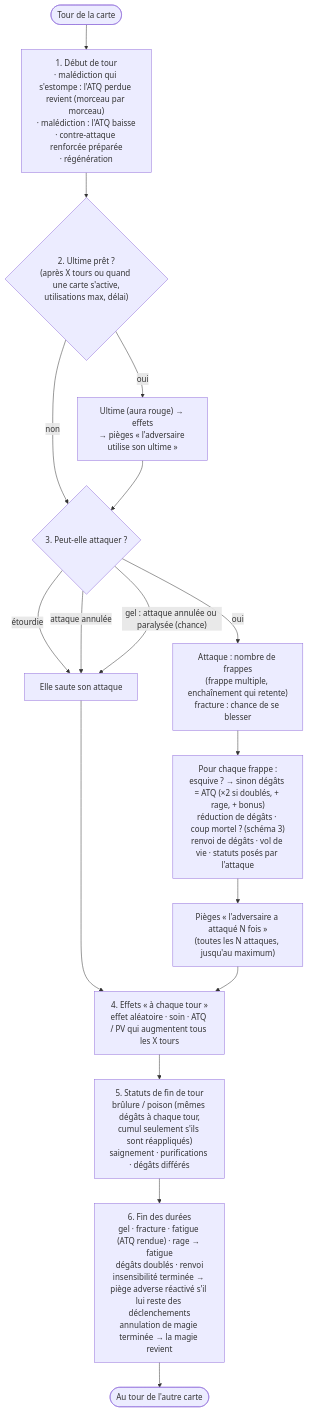
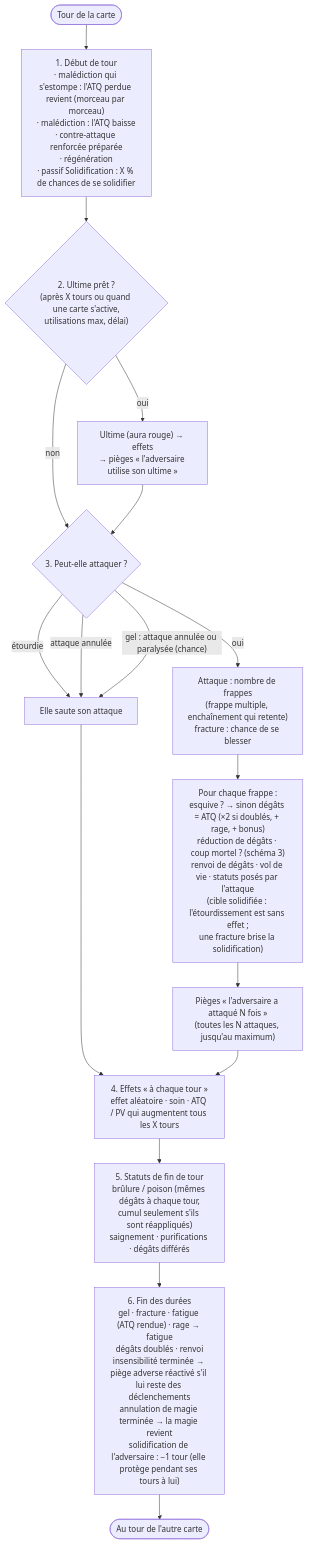
Before and after one commit to mowglitchblaat/forestcard: the third of 5 diagrams in docs/workflow-combat.md, drawn with Mermaid. The commit also changed 6 other files, not shown here.

First line of the commit message:
Nouvelle mécanique : Solidification (insensible à l'étourdissement, non purgeable, brisée par une fracture) + animations

````diff
--- a/docs/workflow-combat.md
+++ b/docs/workflow-combat.md
@@ -45,19 +45,19 @@
 ```mermaid
 flowchart TD
-  T0([Tour de la carte]) --> T1["1. Début de tour<br/>· malédiction qui s'estompe : l'ATQ perdue revient (morceau par morceau)<br/>· malédiction : l'ATQ baisse<br/>· contre-attaque renforcée préparée<br/>· régénération"]
+  T0([Tour de la carte]) --> T1["1. Début de tour<br/>· malédiction qui s'estompe : l'ATQ perdue revient (morceau par morceau)<br/>· malédiction : l'ATQ baisse<br/>· contre-attaque renforcée préparée<br/>· régénération<br/>· passif Solidification : X % de chances de se solidifier"]
   T1 --> T2{"2. Ultime prêt ?<br/>(après X tours ou quand une carte s'active,<br/>utilisations max, délai)"}
   T2 -- oui --> T2a["Ultime (aura rouge) → effets<br/>→ pièges « l'adversaire utilise son ultime »"]
   T2 -- non --> T3
   T2a --> T3{"3. Peut-elle attaquer ?"}
   T3 -- "étourdie" --> T3x[Elle saute son attaque]
   T3 -- "attaque annulée" --> T3x
   T3 -- "gel : attaque annulée ou paralysée (chance)" --> T3x
   T3 -- oui --> AT["Attaque : nombre de frappes<br/>(frappe multiple, enchaînement qui retente)<br/>fracture : chance de se blesser"]
-  AT --> FR["Pour chaque frappe :<br/>esquive ? → sinon dégâts = ATQ (×2 si doublés, + rage, + bonus)<br/>réduction de dégâts · coup mortel ? (schéma 3)<br/>renvoi de dégâts · vol de vie · statuts posés par l'attaque"]
+  AT --> FR["Pour chaque frappe :<br/>esquive ? → sinon dégâts = ATQ (×2 si doublés, + rage, + bonus)<br/>réduction de dégâts · coup mortel ? (schéma 3)<br/>renvoi de dégâts · vol de vie · statuts posés par l'attaque<br/>(cible solidifiée : l'étourdissement est sans effet ;<br/>une fracture brise la solidification)"]
   FR --> PG["Pièges « l'adversaire a attaqué N fois »<br/>(toutes les N attaques, jusqu'au maximum)"]
   T3x --> T4
   PG --> T4["4. Effets « à chaque tour »<br/>effet aléatoire · soin · ATQ / PV qui augmentent tous les X tours"]
   T4 --> T5["5. Statuts de fin de tour<br/>brûlure / poison (mêmes dégâts à chaque tour,<br/>cumul seulement s'ils sont réappliqués)<br/>saignement · purifications · dégâts différés"]
-  T5 --> T6["6. Fin des durées<br/>gel · fracture · fatigue (ATQ rendue) · rage → fatigue<br/>dégâts doublés · renvoi<br/>insensibilité terminée → piège adverse réactivé s'il lui reste des déclenchements<br/>annulation de magie terminée → la magie revient"]
+  T5 --> T6["6. Fin des durées<br/>gel · fracture · fatigue (ATQ rendue) · rage → fatigue<br/>dégâts doublés · renvoi<br/>insensibilité terminée → piège adverse réactivé s'il lui reste des déclenchements<br/>annulation de magie terminée → la magie revient<br/>solidification de l'adversaire : −1 tour (elle protège pendant ses tours à lui)"]
   T6 --> TF([Au tour de l'autre carte])
 ```
````
